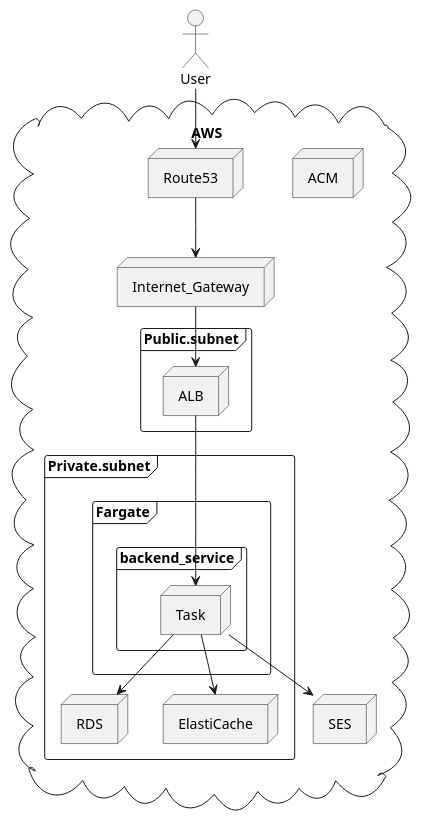
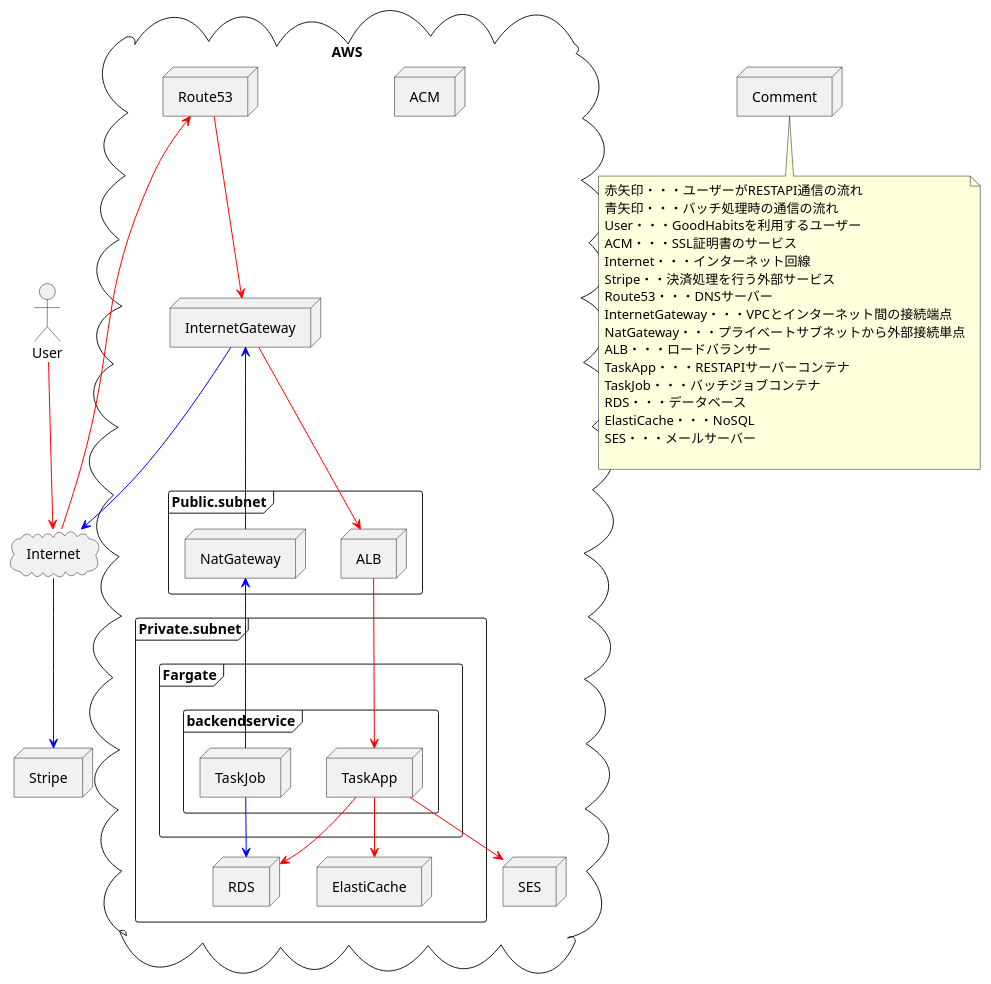
One commit to TAKAHIRO-03/GoodHabits_doc changed the first of 2 diagrams in BD/bd.md. Above: the diagram before and after it, drawn with PlantUML. The commit also changed other lines of this file, not shown here.

Commit message:
NW、システム構成にStripe追加、バッチジョブ一覧追加

````diff
--- a/BD/bd.md
+++ b/BD/bd.md
@@ -14,32 +14,62 @@
 ```plantuml
 actor User
+cloud Internet
+node Stripe
 
 cloud AWS {
-  node Internet_Gateway
+  node InternetGateway
   node ACM
   node Route53
 
   frame Public.subnet {
     node ALB
+    node NatGateway
   }
   frame Private.subnet {
     frame Fargate {
-      frame backend_service {
-        node Task
+      frame backendservice {
+        node TaskApp
+        node TaskJob
       }
     }
     node RDS
     node ElastiCache
   }
   node SES
 }
 
-User --> Route53
-Route53 --> Internet_Gateway
-Internet_Gateway --> ALB
-ALB --> Task
-Task --> RDS
-Task --> SES
-Task --> ElastiCache
+User --[#red]> Internet
+Internet --[#red]> Route53
+Route53 --[#red]> InternetGateway
+InternetGateway --[#red]> ALB
+ALB --[#red]> TaskApp
+TaskApp --[#red]> RDS
+TaskApp --[#red]> SES
+TaskApp --[#red]> ElastiCache
+TaskJob --[#blue]> RDS
+TaskJob --[#blue]> NatGateway
+NatGateway --[#blue]> InternetGateway
+InternetGateway --[#blue]> Internet
+Internet --[#blue]> Stripe
+
+node Comment
+note bottom of Comment
+赤矢印・・・ユーザーがRESTAPI通信の流れ
+青矢印・・・バッチ処理時の通信の流れ
+User・・・GoodHabitsを利用するユーザー
+ACM・・・SSL証明書のサービス
+Internet・・・インターネット回線
+Stripe・・決済処理を行う外部サービス
+Route53・・・DNSサーバー
+InternetGateway・・・VPCとインターネット間の接続端点
+NatGateway・・・プライベートサブネットから外部接続単点
+ALB・・・ロードバランサー
+TaskApp・・・RESTAPIサーバーコンテナ
+TaskJob・・・バッチジョブコンテナ
+RDS・・・データベース
+ElastiCache・・・NoSQL
+SES・・・メールサーバー
+
+end note
 
 ```
````
